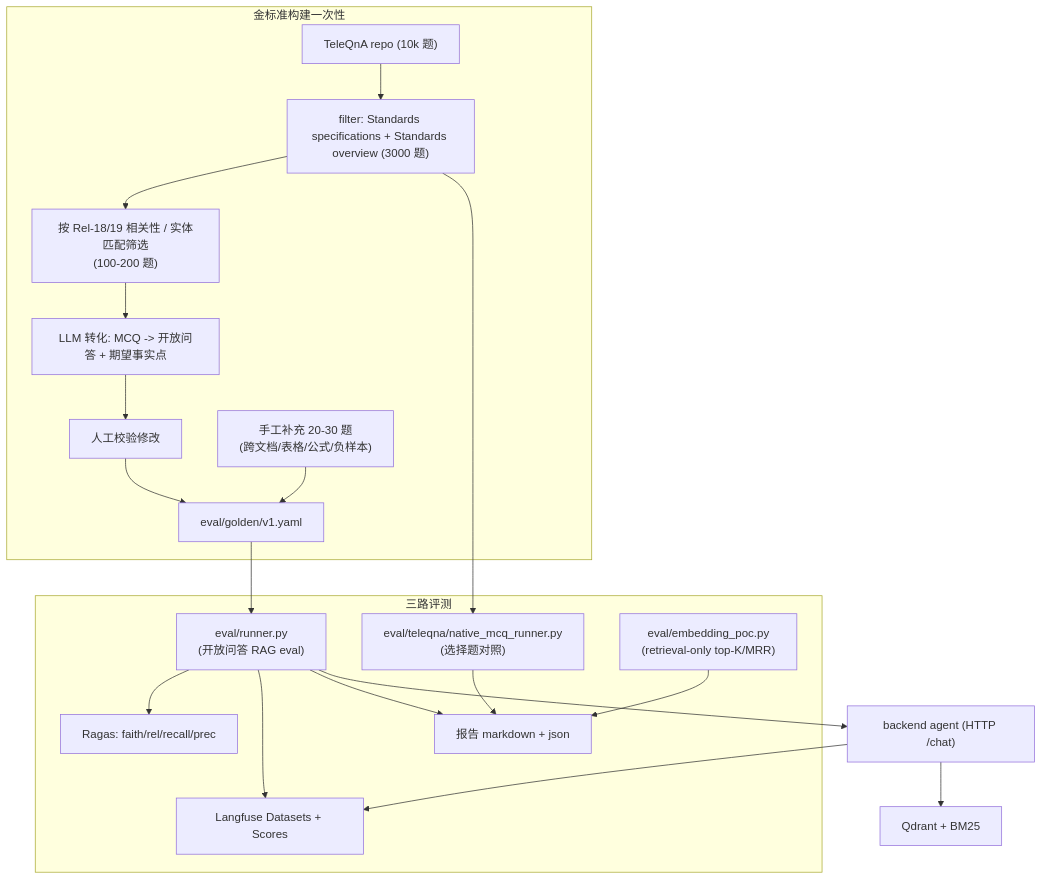
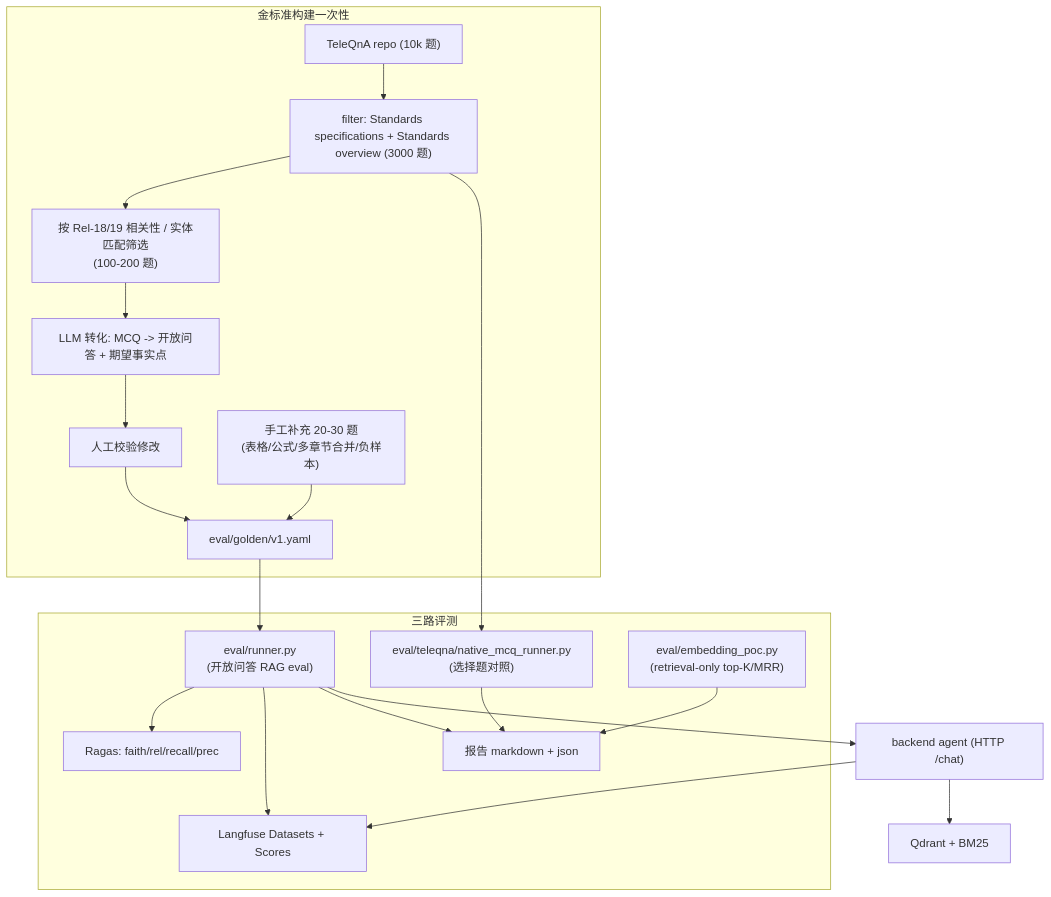
Before and after one commit to EpisodeYu/3GPP-Everything: the diagram in docs/03-development/06-evaluation-and-observability.md, drawn with Mermaid. The commit also changed other lines of this file and 6 other files, not shown here.

````diff
--- a/docs/03-development/06-evaluation-and-observability.md
+++ b/docs/03-development/06-evaluation-and-observability.md
@@ -19,26 +19,26 @@
 ```mermaid
 flowchart TB
     subgraph build["金标准构建一次性"]
         T1["TeleQnA repo (10k 题)"] --> T2["filter: Standards specifications + Standards overview (3000 题)"]
         T2 --> T3["按 Rel-18/19 相关性 / 实体匹配筛选<br/>(100-200 题)"]
         T3 --> T4["LLM 转化: MCQ -> 开放问答 + 期望事实点"]
         T4 --> T5["人工校验修改"]
-        H1["手工补充 20-30 题<br/>(跨文档/表格/公式/负样本)"]
+        H1["手工补充 20-30 题<br/>(表格/公式/多章节合并/负样本)"]
         T5 & H1 --> G["eval/golden/v1.yaml"]
     end
     subgraph eval["三路评测"]
         G --> R["eval/runner.py<br/>(开放问答 RAG eval)"]
         T2 --> NR["eval/teleqna/native_mcq_runner.py<br/>(选择题对照)"]
         E1["eval/embedding_poc.py<br/>(retrieval-only top-K/MRR)"]
         R --> RG["Ragas: faith/rel/recall/prec"]
         R --> LF["Langfuse Datasets + Scores"]
         R --> REP["报告 markdown + json"]
         NR --> REP
         E1 --> REP
     end
     A["backend agent (HTTP /chat)"]
     Q["Qdrant + BM25"]
     R --> A
     A --> Q
     A --> LF
 ```
````
